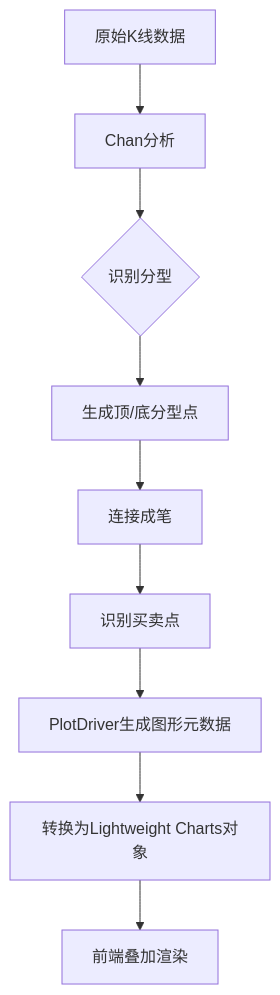
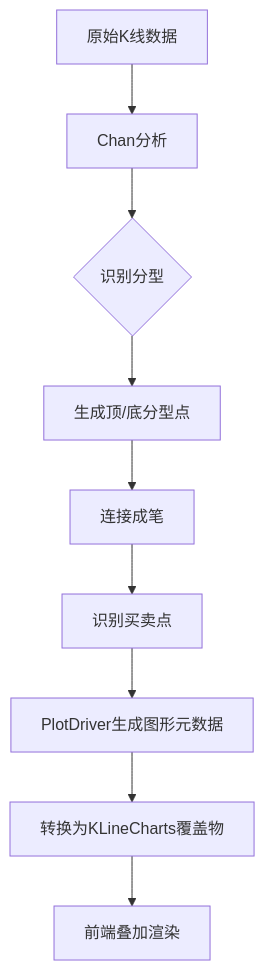
The fifth of 7 diagrams in doc/前端架构/交易图表集成.md (yjydmlh/turtle), drawn with Mermaid before and after one commit. The commit also changed other lines of this file and 9 other files, not shown here.

````diff
--- a/doc/前端架构/交易图表集成.md
+++ b/doc/前端架构/交易图表集成.md
@@ -173,11 +173,11 @@
 ```mermaid
 flowchart TD
 A[原始K线数据] --> B[Chan分析]
 B --> C{识别分型}
 C --> D[生成顶/底分型点]
 D --> E[连接成笔]
 E --> F[识别买卖点]
 F --> G[PlotDriver生成图形元数据]
-G --> H[转换为Lightweight Charts对象]
+G --> H[转换为KLineCharts覆盖物]
 H --> I[前端叠加渲染]
 ```
````
